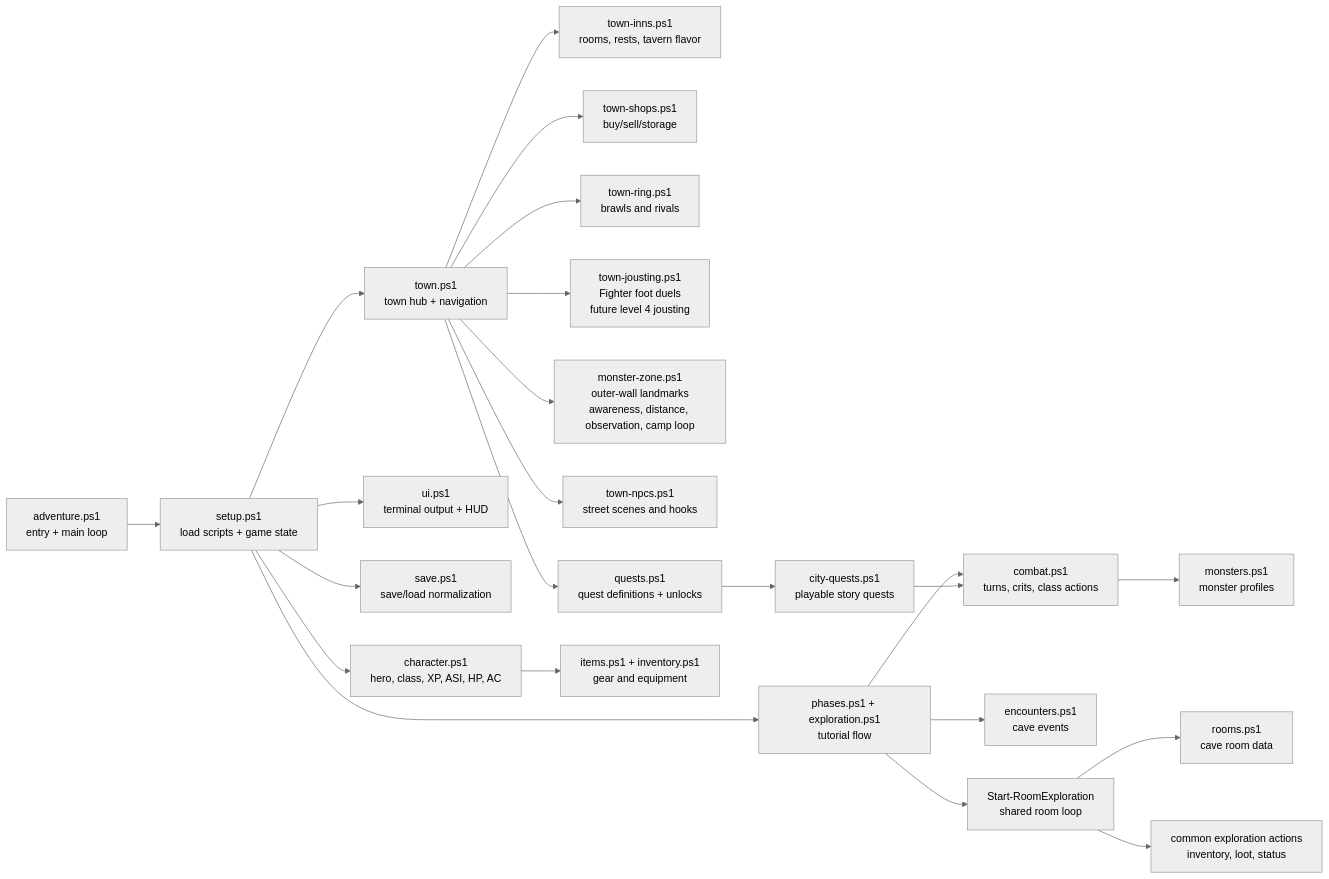
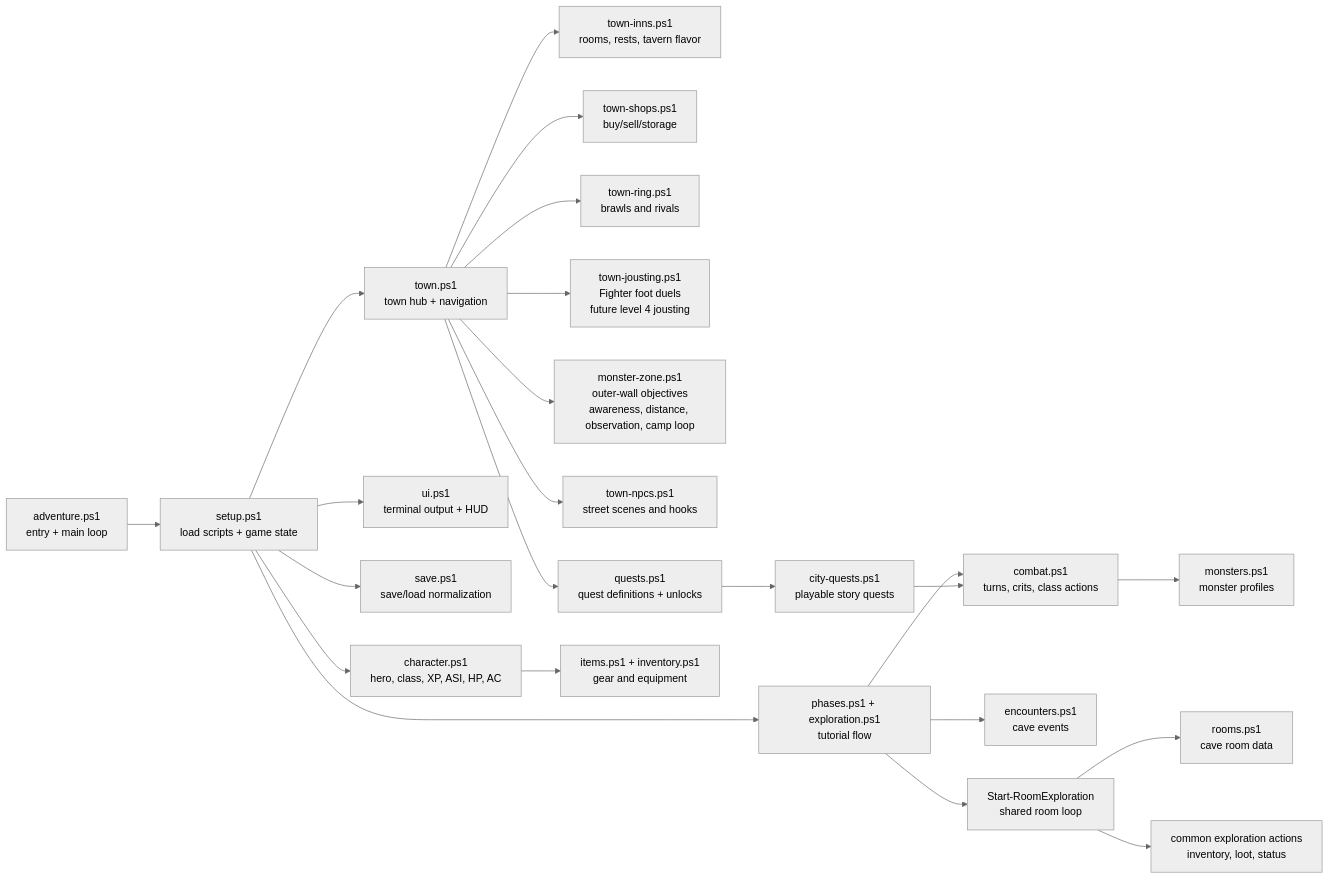
One commit to JesperYH24/dnd-git-adventure changed the diagram in docs/visual-code-map.md. Above: the diagram before and after it, drawn with Mermaid (neutral theme). The commit also changed 7 other files, not shown here.

````diff
--- a/docs/visual-code-map.md
+++ b/docs/visual-code-map.md
@@ -3,27 +3,27 @@
 ```mermaid
 flowchart LR
     Adventure["adventure.ps1\nentry + main loop"] --> Setup["setup.ps1\nload scripts + game state"]
     Setup --> Character["character.ps1\nhero, class, XP, ASI, HP, AC"]
     Setup --> UI["ui.ps1\nterminal output + HUD"]
     Setup --> Save["save.ps1\nsave/load normalization"]
     Setup --> Town["town.ps1\ntown hub + navigation"]
     Setup --> Tutorial["phases.ps1 + exploration.ps1\ntutorial flow"]
 
     Tutorial --> ExploreCore["Start-RoomExploration\nshared room loop"]
     ExploreCore --> Rooms["rooms.ps1\ncave room data"]
     ExploreCore --> CommonActions["common exploration actions\ninventory, loot, status"]
     Tutorial --> Encounters["encounters.ps1\ncave events"]
     Tutorial --> Combat["combat.ps1\nturns, crits, class actions"]
 
     Town --> Inns["town-inns.ps1\nrooms, rests, tavern flavor"]
     Town --> Shops["town-shops.ps1\nbuy/sell/storage"]
     Town --> Ring["town-ring.ps1\nbrawls and rivals"]
     Town --> Jousting["town-jousting.ps1\nFighter foot duels\nfuture level 4 jousting"]
-    Town --> MonsterZone["monster-zone.ps1\nouter-wall landmarks\nawareness, distance, observation, camp loop"]
+    Town --> MonsterZone["monster-zone.ps1\nouter-wall objectives\nawareness, distance, observation, camp loop"]
     Town --> NPCs["town-npcs.ps1\nstreet scenes and hooks"]
     Town --> QuestDefs["quests.ps1\nquest definitions + unlocks"]
     QuestDefs --> CityQuests["city-quests.ps1\nplayable story quests"]
     CityQuests --> Combat
     Combat --> Monsters["monsters.ps1\nmonster profiles"]
     Character --> Items["items.ps1 + inventory.ps1\ngear and equipment"]
 ```
````
